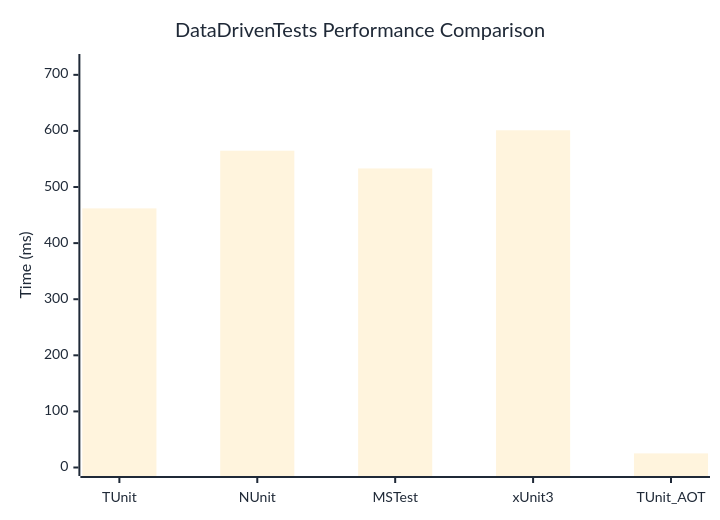
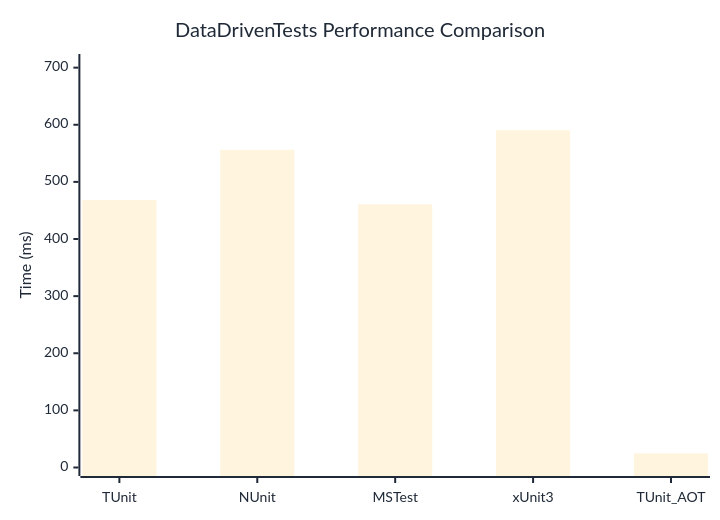
One commit to thomhurst/TUnit changed the diagram in docs/docs/benchmarks/DataDrivenTests.md. Above: the diagram before and after it, drawn with Mermaid. The commit also changed other lines of this file and 17 other files, not shown here.

````diff
--- a/docs/docs/benchmarks/DataDrivenTests.md
+++ b/docs/docs/benchmarks/DataDrivenTests.md
@@ -27,37 +27,37 @@
 ```mermaid
 %%{init: {
   'theme':'base',
   'themeVariables': {
     'primaryColor': '#2563eb',
     'primaryTextColor': '#1f2937',
     'primaryBorderColor': '#1e40af',
     'lineColor': '#6b7280',
     'secondaryColor': '#7c3aed',
     'tertiaryColor': '#dc2626',
     'background': '#ffffff',
     'mainBkg': '#2563eb',
     'secondBkg': '#7c3aed',
     'tertiaryBkg': '#dc2626',
     'clusterBkg': '#f3f4f6',
     'edgeLabelBackground': '#ffffff',
     'tertiaryTextColor': '#1f2937',
     'pie1': '#2563eb',
     'pie2': '#7c3aed',
     'pie3': '#dc2626',
     'pie4': '#f59e0b',
     'pie5': '#10b981',
     'pie6': '#06b6d4',
     'pie7': '#ec4899',
     'pie8': '#6366f1',
     'pie9': '#84cc16',
     'pie10': '#f97316',
     'pie11': '#14b8a6',
     'pie12': '#a855f7'
   }
 }}%%
 xychart-beta
   title "DataDrivenTests Performance Comparison"
   x-axis ["TUnit", "NUnit", "MSTest", "xUnit3", "TUnit_AOT"]
-  y-axis "Time (ms)" 0 --> 722
-  bar [461.94, 564.78, 533.15, 601.19, 25.17]
+  y-axis "Time (ms)" 0 --> 709
+  bar [468.21, 556.25, 460.67, 590.34, 24.72]
 ```
````
